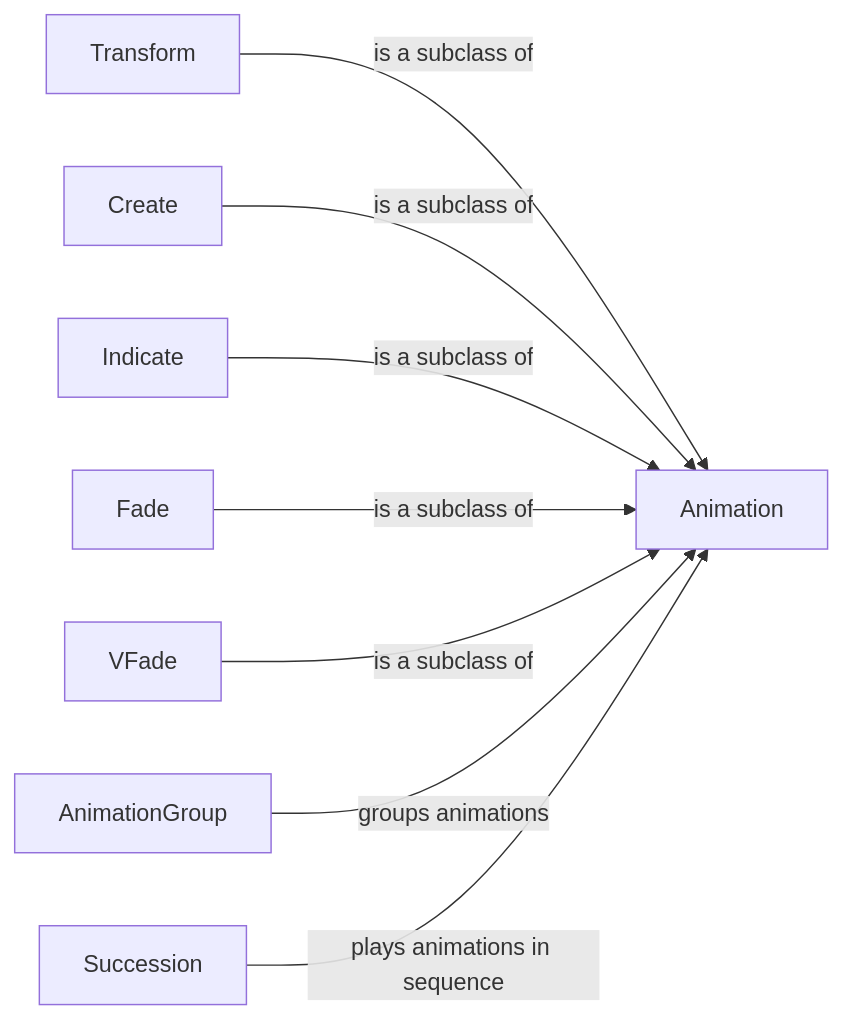
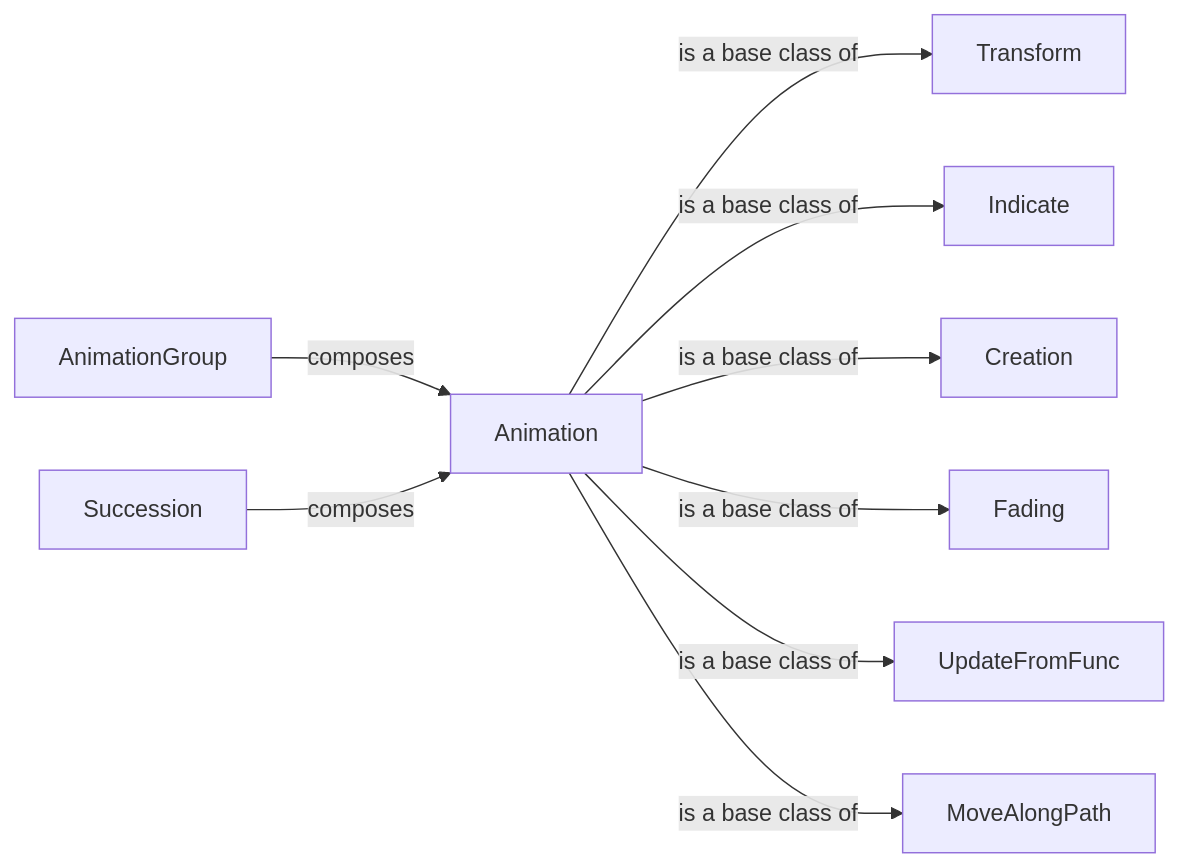
The diagram in manim/Animation Engine.md (CodeBoarding/GeneratedOnBoardings), drawn with Mermaid before and after one commit. The commit also changed other lines of this file and 7 other files, not shown here.

````diff
--- a/manim/Animation Engine.md
+++ b/manim/Animation Engine.md
@@ -1,18 +1,20 @@
 ```mermaid
 graph LR
     Animation["Animation"]
     Transform["Transform"]
-    Create["Create"]
     Indicate["Indicate"]
-    Fade["Fade"]
-    VFade["VFade"]
+    Creation["Creation"]
     AnimationGroup["AnimationGroup"]
     Succession["Succession"]
-    Transform -- "is a subclass of" --> Animation
-    Create -- "is a subclass of" --> Animation
-    Indicate -- "is a subclass of" --> Animation
-    Fade -- "is a subclass of" --> Animation
-    VFade -- "is a subclass of" --> Animation
-    AnimationGroup -- "groups animations" --> Animation
-    Succession -- "plays animations in sequence" --> Animation
+    Fading["Fading"]
+    UpdateFromFunc["UpdateFromFunc"]
+    MoveAlongPath["MoveAlongPath"]
+    Animation -- "is a base class of" --> Transform
+    Animation -- "is a base class of" --> Indicate
+    Animation -- "is a base class of" --> Creation
+    AnimationGroup -- "composes" --> Animation
+    Succession -- "composes" --> Animation
+    Animation -- "is a base class of" --> Fading
+    Animation -- "is a base class of" --> UpdateFromFunc
+    Animation -- "is a base class of" --> MoveAlongPath
 ```
````
